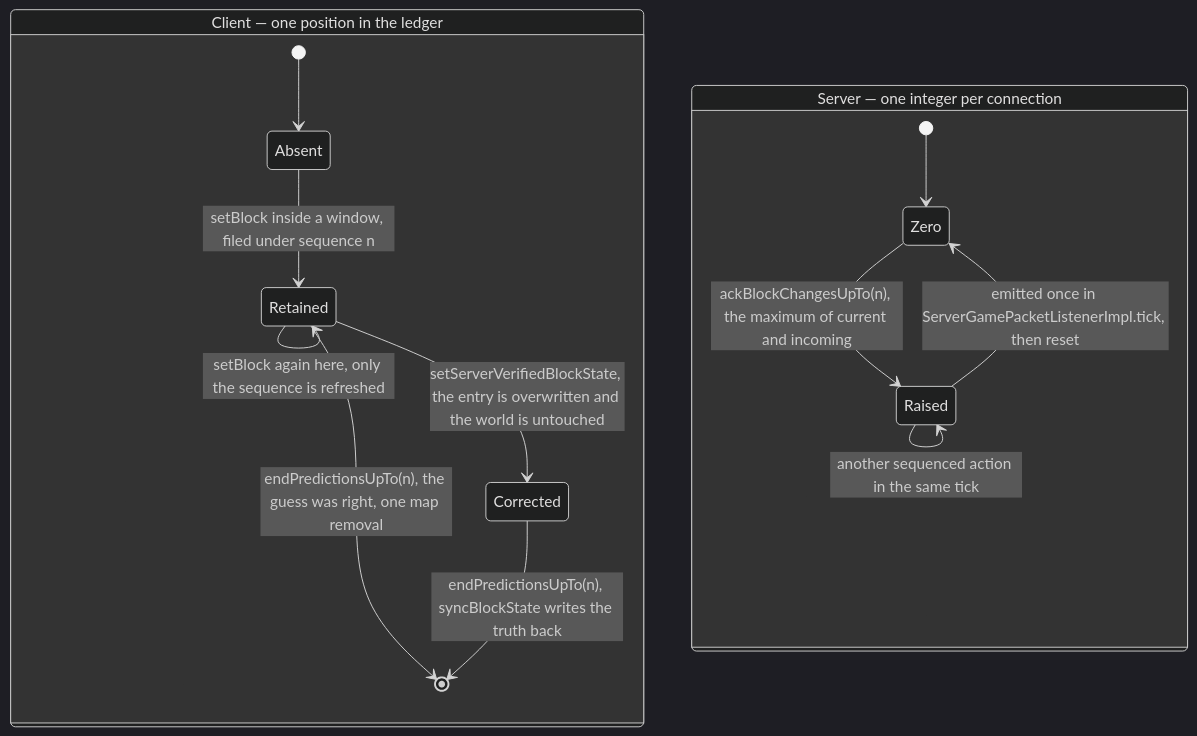
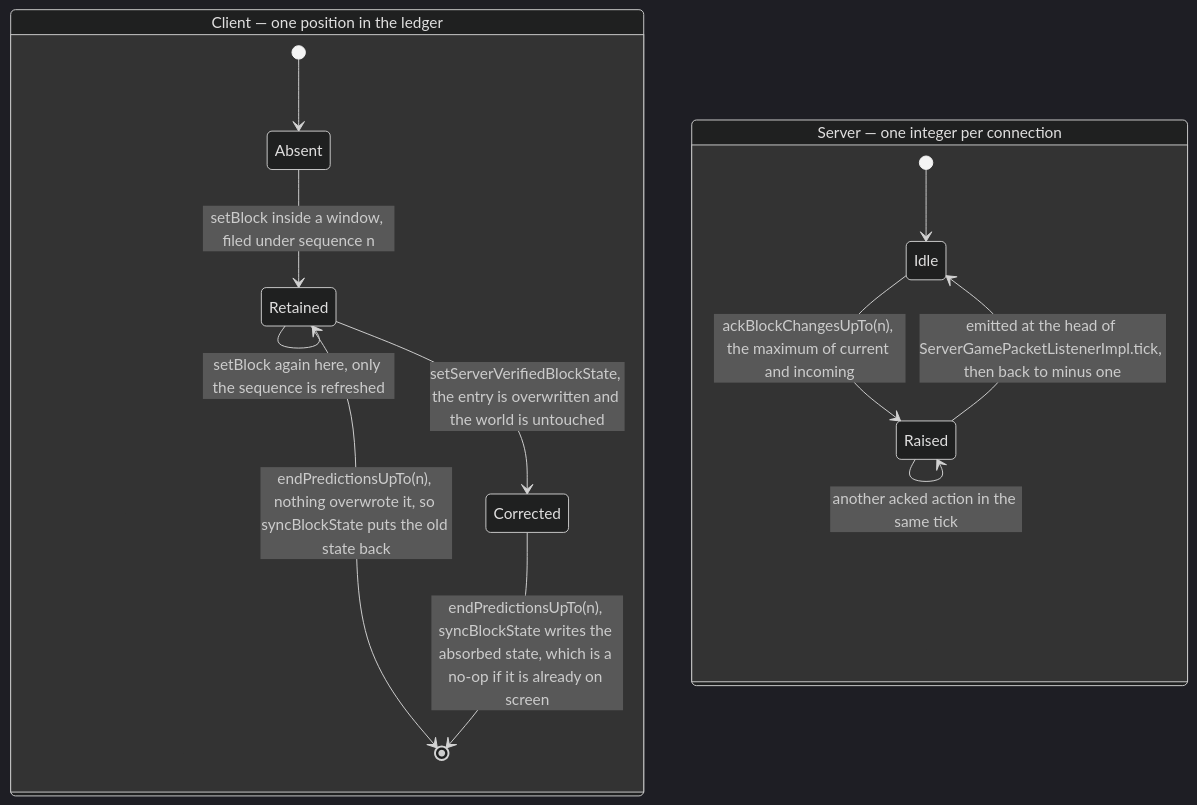
One commit to AlexanderjFraser/MinecraftDocs changed the first of 2 diagrams in src/systems/client/prediction-and-acks.md. Above: the diagram before and after it, drawn with Mermaid (dark theme). The commit also changed other lines of this file and 7 other files, not shown here.

````diff
--- a/src/systems/client/prediction-and-acks.md
+++ b/src/systems/client/prediction-and-acks.md
@@ -40,17 +41,17 @@
 ```mermaid
 stateDiagram-v2
     state "Client — one position in the ledger" as CLIENT {
         [*] --> Absent
         Absent --> Retained : setBlock inside a window, filed under sequence n
         Retained --> Retained : setBlock again here, only the sequence is refreshed
         Retained --> Corrected : setServerVerifiedBlockState, the entry is overwritten and the world is untouched
-        Retained --> [*] : endPredictionsUpTo(n), the guess was right, one map removal
-        Corrected --> [*] : endPredictionsUpTo(n), syncBlockState writes the truth back
+        Retained --> [*] : endPredictionsUpTo(n), nothing overwrote it, so syncBlockState puts the old state back
+        Corrected --> [*] : endPredictionsUpTo(n), syncBlockState writes the absorbed state, which is a no-op if it is already on screen
     }
     state "Server — one integer per connection" as SERVER {
-        [*] --> Zero
-        Zero --> Raised : ackBlockChangesUpTo(n), the maximum of current and incoming
-        Raised --> Raised : another sequenced action in the same tick
-        Raised --> Zero : emitted once in ServerGamePacketListenerImpl.tick, then reset
+        [*] --> Idle
+        Idle --> Raised : ackBlockChangesUpTo(n), the maximum of current and incoming
+        Raised --> Raised : another acked action in the same tick
+        Raised --> Idle : emitted at the head of ServerGamePacketListenerImpl.tick, then back to minus one
     }
 ```
````
